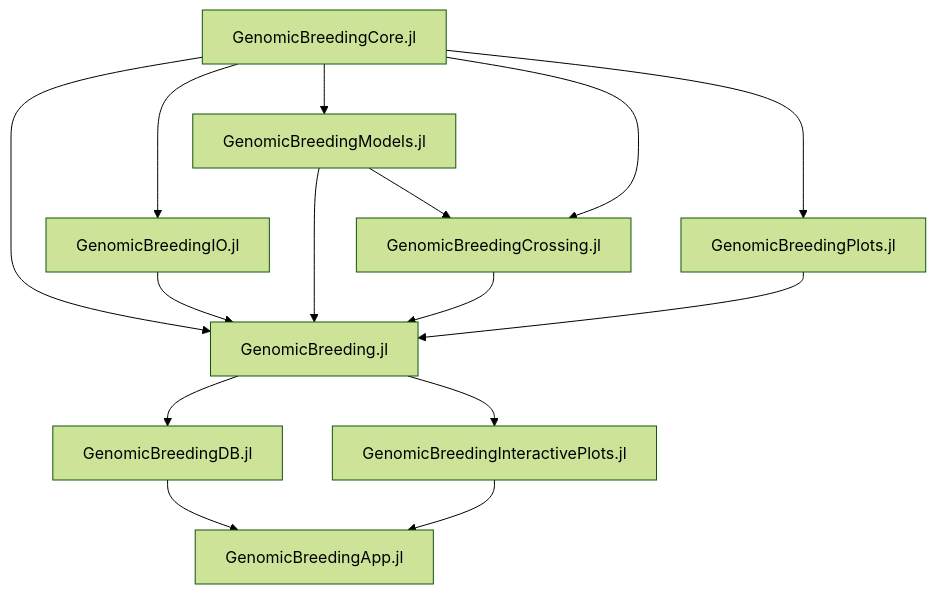
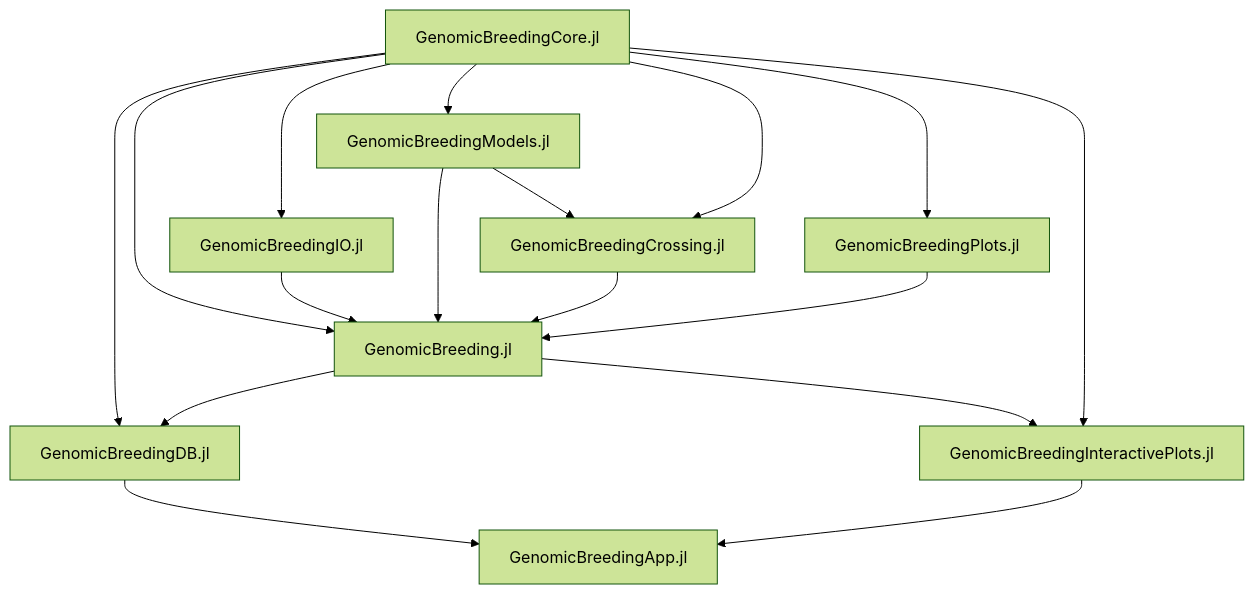
One commit to GenomicBreeding/.github changed the diagram in profile/README.md. Above: the diagram before and after it, drawn with Mermaid (forest theme).

Commit message:
Update architecture graph
The lines are neat and non-intersecting for clarity

````diff
--- a/profile/README.md
+++ b/profile/README.md
@@ -23,17 +23,21 @@
 ```mermaid
 flowchart TB
-    Core[GenomicBreedingCore.jl] --> Workflow[GenomicBreeding.jl]
+    Core[GenomicBreedingCore.jl] --> DB[GenomicBreedingDB.jl]
+    Core --> Workflow[GenomicBreeding.jl]
     IO[GenomicBreedingIO.jl] --> Workflow
     Models[GenomicBreedingModels.jl] --> Workflow
     Plots[GenomicBreedingPlots.jl] --> Workflow
     Cross[GenomicBreedingCrossing.jl] --> Workflow
+    
     Core --> IO
     Core --> Models
     Core --> Cross
     Core --> Plots
+    
     Models --> Cross
-    Workflow --> DB[GenomicBreedingDB.jl]
-    Workflow --> IPlots[GenomicBreedingInteractivePlots.jl]
+    Workflow --> DB
+    Core --> IPlots[GenomicBreedingInteractivePlots.jl]
+    Workflow --> IPlots
     DB --> App[GenomicBreedingApp.jl]
     IPlots --> App
 ```
````
